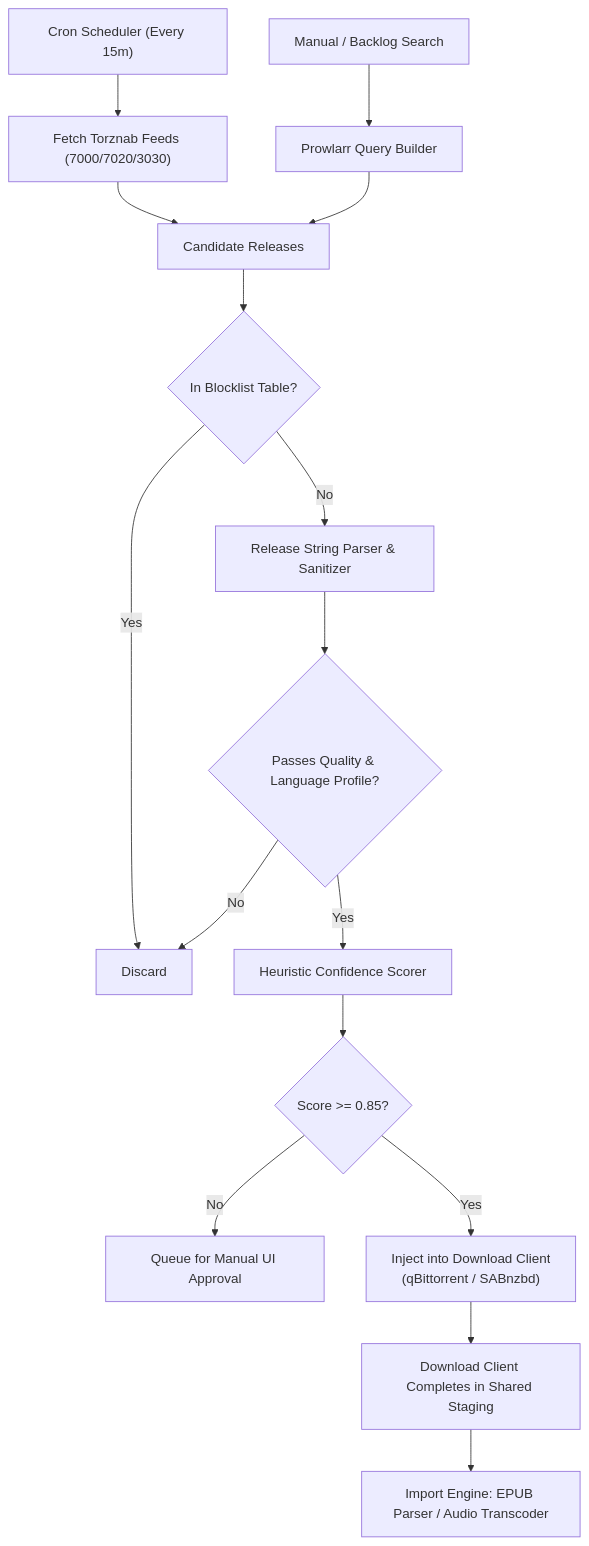
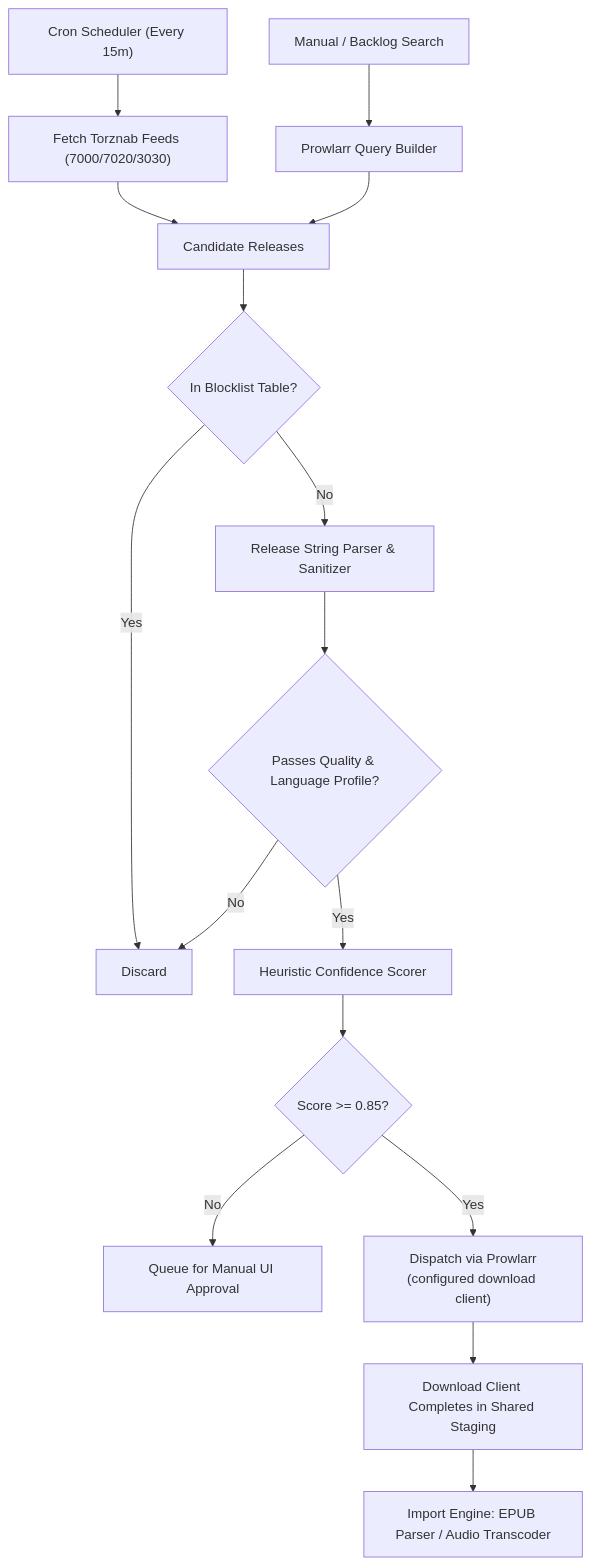
Before and after one commit to t0ggl/callimachus: the fourth of 5 diagrams in ARCHITECTURE.md, drawn with Mermaid. The commit also changed other lines of this file and 29 other files, not shown here.

````diff
--- a/ARCHITECTURE.md
+++ b/ARCHITECTURE.md
@@ -549,18 +531,18 @@
 ```mermaid
 flowchart TD
     Schedule["Cron Scheduler (Every 15m)"] --> RSS["Fetch Torznab Feeds (7000/7020/3030)"]
     Search["Manual / Backlog Search"] --> TorznabQuery["Prowlarr Query Builder"]
     RSS --> ReleaseList["Candidate Releases"]
     TorznabQuery --> ReleaseList
     ReleaseList --> BlocklistCheck{"In Blocklist Table?"}
     BlocklistCheck -- Yes --> Discard["Discard"]
     BlocklistCheck -- No --> Sanitizer["Release String Parser & Sanitizer"]
     Sanitizer --> QualityFilter{"Passes Quality & Language Profile?"}
     QualityFilter -- No --> Discard
     QualityFilter -- Yes --> Scorer["Heuristic Confidence Scorer"]
     Scorer --> Confidence{"Score >= 0.85?"}
     Confidence -- No --> ManualReview["Queue for Manual UI Approval"]
-    Confidence -- Yes --> Downloader["Inject into Download Client<br/>(qBittorrent / SABnzbd)"]
+    Confidence -- Yes --> Downloader["Dispatch via Prowlarr<br/>(configured download client)"]
     Downloader --> Staging["Download Client Completes in Shared Staging"]
     Staging --> ImportEngine["Import Engine: EPUB Parser / Audio Transcoder"]
 ```
````
